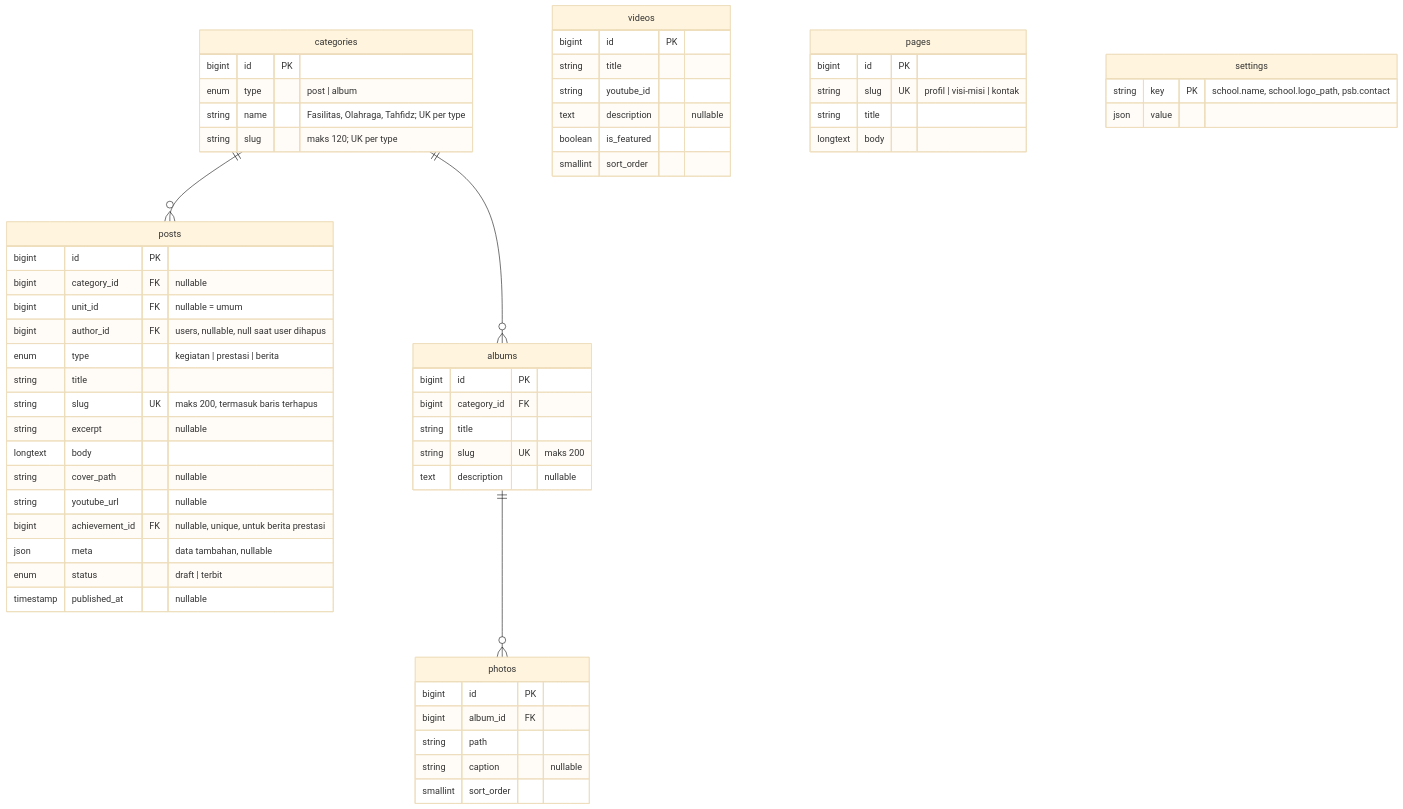
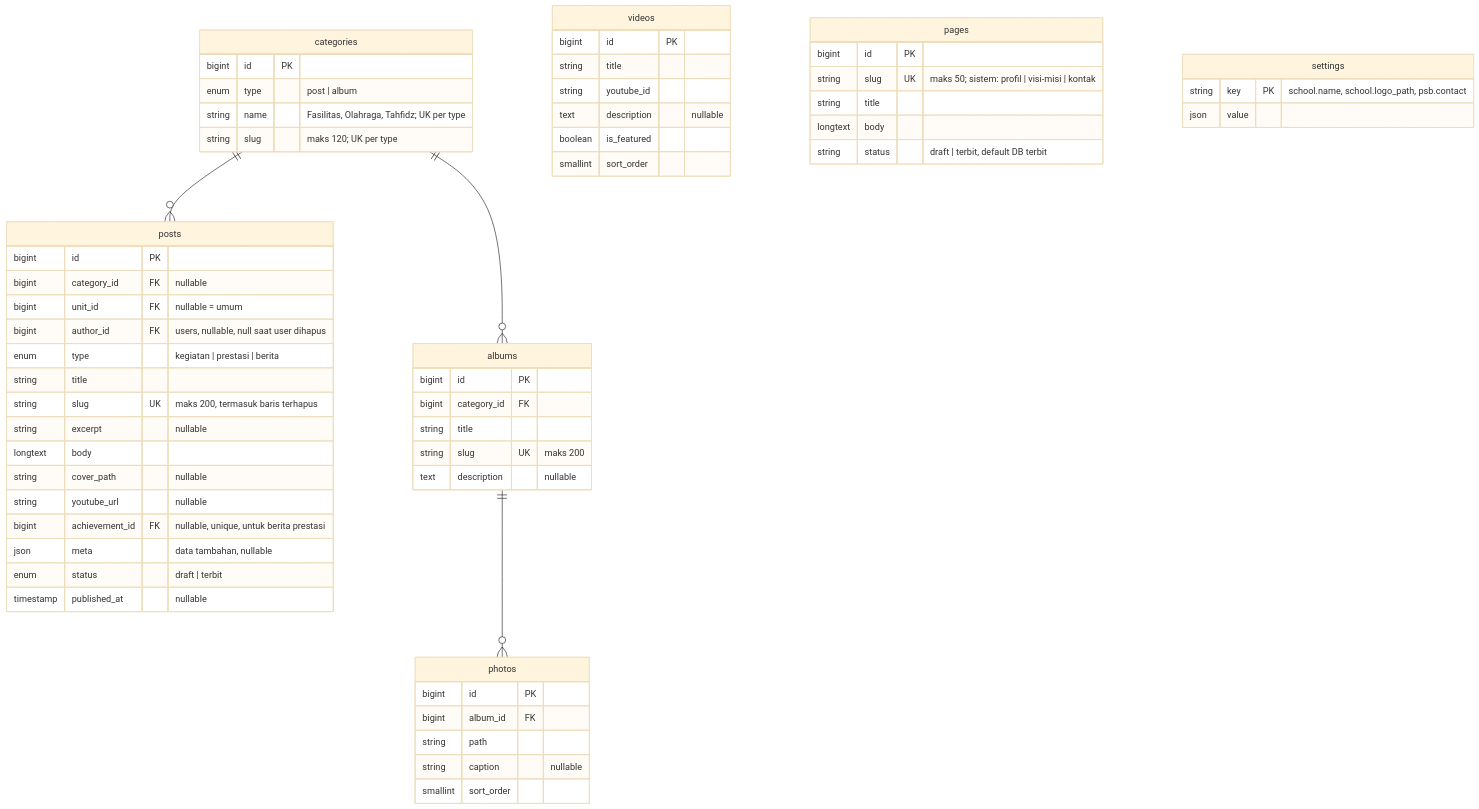
The tenth of 11 diagrams in docs/erd.md (dankedev/pondok), drawn with Mermaid (base theme) before and after one commit. The commit also changed other lines of this file and 2 other files, not shown here.

````diff
--- a/docs/erd.md
+++ b/docs/erd.md
@@ -750,62 +750,63 @@
 ```mermaid
 erDiagram
   categories {
     bigint id PK
     enum type "post | album"
     string name "Fasilitas, Olahraga, Tahfidz; UK per type"
     string slug "maks 120; UK per type"
   }
   posts {
     bigint id PK
     bigint category_id FK "nullable"
     bigint unit_id FK "nullable = umum"
     bigint author_id FK "users, nullable, null saat user dihapus"
     enum type "kegiatan | prestasi | berita"
     string title
     string slug UK "maks 200, termasuk baris terhapus"
     string excerpt "nullable"
     longtext body
     string cover_path "nullable"
     string youtube_url "nullable"
     bigint achievement_id FK "nullable, unique, untuk berita prestasi"
     json meta "data tambahan, nullable"
     enum status "draft | terbit"
     timestamp published_at "nullable"
   }
   albums {
     bigint id PK
     bigint category_id FK
     string title
     string slug UK "maks 200"
     text description "nullable"
   }
   photos {
     bigint id PK
     bigint album_id FK
     string path
     string caption "nullable"
     smallint sort_order
   }
   videos {
     bigint id PK
     string title
     string youtube_id
     text description "nullable"
     boolean is_featured
     smallint sort_order
   }
   pages {
     bigint id PK
-    string slug UK "profil | visi-misi | kontak"
+    string slug UK "maks 50; sistem: profil | visi-misi | kontak"
     string title
     longtext body
+    string status "draft | terbit, default DB terbit"
   }
   settings {
     string key PK "school.name, school.logo_path, psb.contact"
     json value
   }
   categories ||--o{ posts : ""
   categories ||--o{ albums : ""
   albums ||--o{ photos : ""
   
 ```
````
